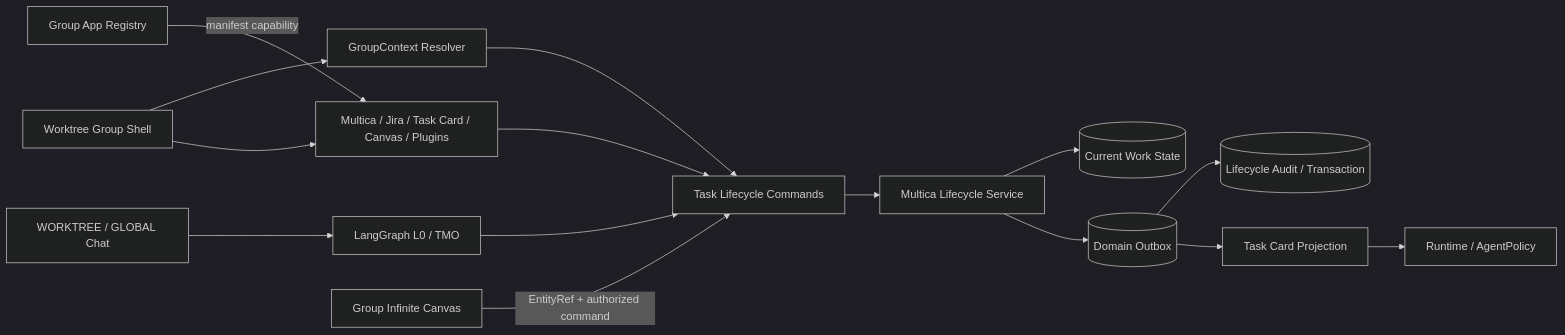
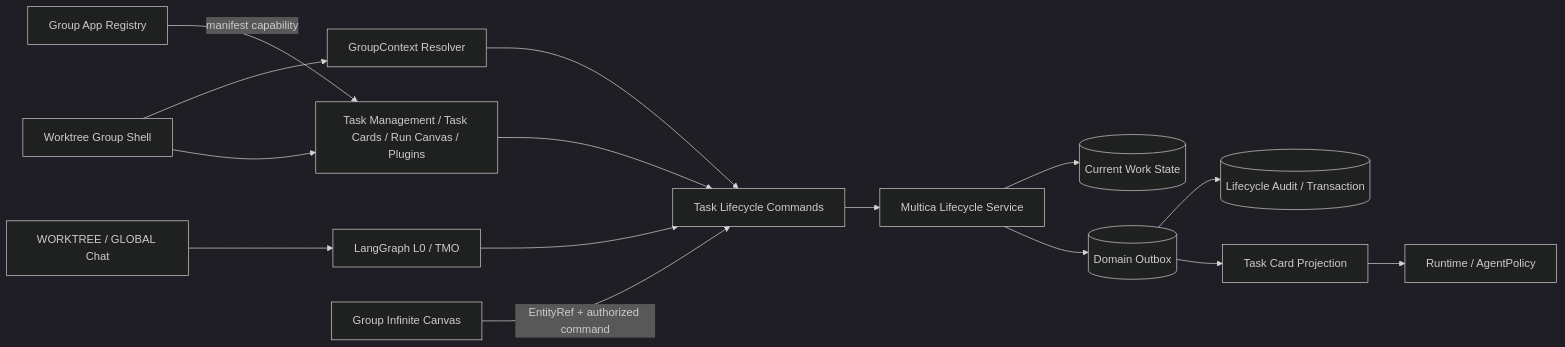
One commit to UlyssesLeoLee/Star changed the first of 2 diagrams in docs/design/BD-MULTICA-TASK-001.md. Above: the diagram before and after it, drawn with Mermaid (dark theme). The commit also changed other lines of this file and 27 other files, not shown here.

Commit message:
feat(run): add host-independent Task Card owner

````diff
--- a/docs/design/BD-MULTICA-TASK-001.md
+++ b/docs/design/BD-MULTICA-TASK-001.md
@@ -55,17 +53,17 @@
 ```mermaid
 flowchart LR
   Shell[Worktree Group Shell] --> Resolver[GroupContext Resolver]
-  Shell --> Apps[Multica / Jira / Task Card / Canvas / Plugins]
+  Shell --> Apps[Task Management / Task Cards / Run Canvas / Plugins]
   Chat[WORKTREE / GLOBAL Chat] --> TMO[LangGraph L0 / TMO]
   Apps --> Commands[Task Lifecycle Commands]
   TMO --> Commands
   Resolver --> Commands
   Commands --> Lifecycle[Multica Lifecycle Service]
   Lifecycle --> Work[(Current Work State)]
   Lifecycle --> Outbox[(Domain Outbox)]
   Outbox --> Audit[(Lifecycle Audit / Transaction)]
   Outbox --> Cards[Task Card Projection]
   Cards --> Runtime[Runtime / AgentPolicy]
   Canvas[Group Infinite Canvas] -->|EntityRef + authorized command| Commands
   Registry[Group App Registry] -->|manifest capability| Apps
 ```
````
